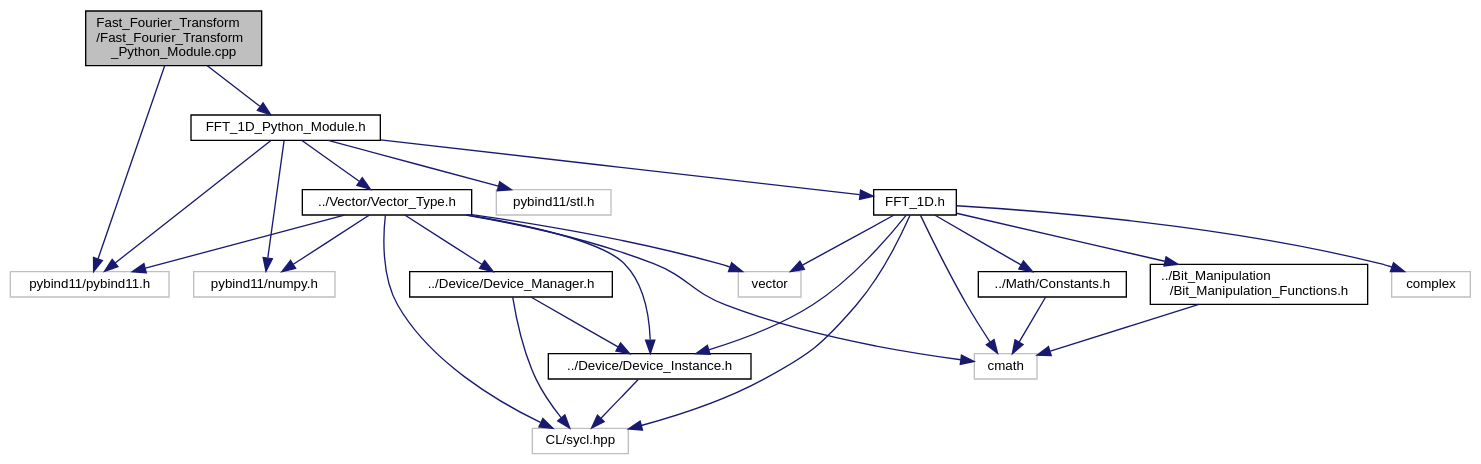
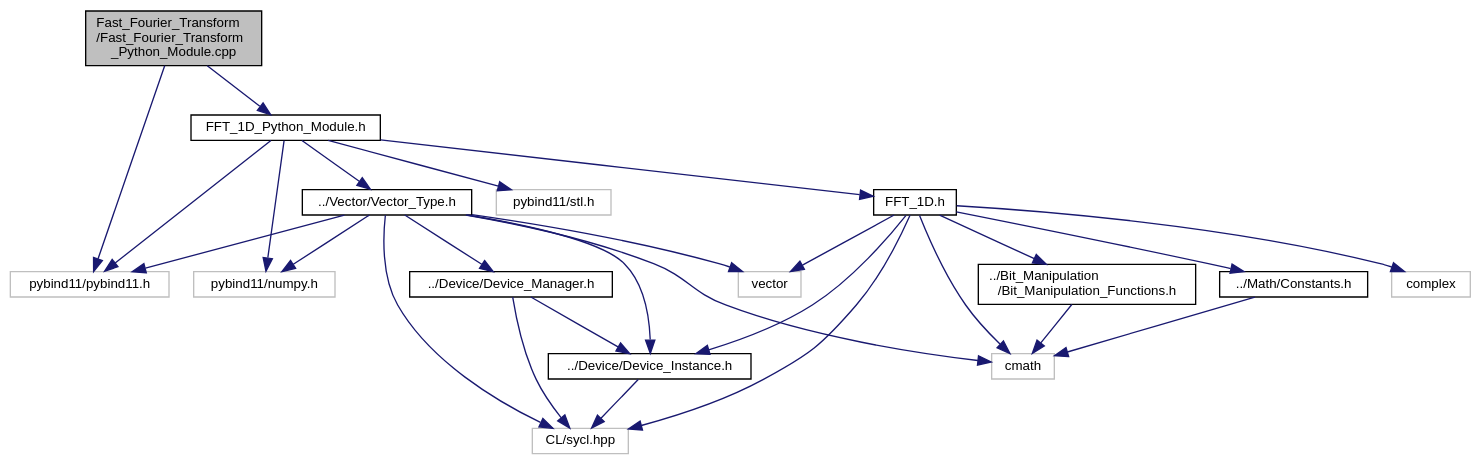
The diagram in docs/PySYCL_doxygen_html/_fast___fourier___transform___python___module_8cpp__incl.dot (PySYCL/PySYCL), drawn with Graphviz before and after one commit. The commit also changed 122 other files, not shown here.

```diff
--- a/docs/PySYCL_doxygen_html/_fast___fourier___transform___python___module_8cpp__incl.dot
+++ b/docs/PySYCL_doxygen_html/_fast___fourier___transform___python___module_8cpp__incl.dot
@@ -1,49 +1,49 @@
 digraph "Fast_Fourier_Transform/Fast_Fourier_Transform_Python_Module.cpp"
 {
  // INTERACTIVE_SVG=YES
  // LATEX_PDF_SIZE
   bgcolor="transparent";
   edge [fontname="Helvetica",fontsize="10",labelfontname="Helvetica",labelfontsize="10"];
   node [fontname="Helvetica",fontsize="10",shape=record];
   Node1 [label="Fast_Fourier_Transform\l/Fast_Fourier_Transform\l_Python_Module.cpp",height=0.2,width=0.4,color="black", fillcolor="grey75", style="filled", fontcolor="black",tooltip="Python module for fft in PySYCL."];
   Node1 -> Node2 [color="midnightblue",fontsize="10",style="solid",fontname="Helvetica"];
   Node2 [label="pybind11/pybind11.h",height=0.2,width=0.4,color="grey75",tooltip=" "];
   Node1 -> Node3 [color="midnightblue",fontsize="10",style="solid",fontname="Helvetica"];
   Node3 [label="FFT_1D_Python_Module.h",height=0.2,width=0.4,color="black",URL="$_f_f_t__1_d___python___module_8h.html",tooltip="Python module for a 1-dimensional fft in PySYCL."];
-  Node3 -> Node2 [color="midnightblue",fontsize="10",style="solid",fontname="Helvetica"];
   Node3 -> Node4 [color="midnightblue",fontsize="10",style="solid",fontname="Helvetica"];
   Node4 [label="pybind11/numpy.h",height=0.2,width=0.4,color="grey75",tooltip=" "];
+  Node3 -> Node2 [color="midnightblue",fontsize="10",style="solid",fontname="Helvetica"];
   Node3 -> Node5 [color="midnightblue",fontsize="10",style="solid",fontname="Helvetica"];
   Node5 [label="pybind11/stl.h",height=0.2,width=0.4,color="grey75",tooltip=" "];
   Node3 -> Node6 [color="midnightblue",fontsize="10",style="solid",fontname="Helvetica"];
   Node6 [label="../Vector/Vector_Type.h",height=0.2,width=0.4,color="black",URL="$_vector___type_8h.html",tooltip="Vector Type Object in PySYCL."];
   Node6 -> Node7 [color="midnightblue",fontsize="10",style="solid",fontname="Helvetica"];
   Node7 [label="CL/sycl.hpp",height=0.2,width=0.4,color="grey75",tooltip=" "];
   Node6 -> Node4 [color="midnightblue",fontsize="10",style="solid",fontname="Helvetica"];
   Node6 -> Node2 [color="midnightblue",fontsize="10",style="solid",fontname="Helvetica"];
   Node6 -> Node8 [color="midnightblue",fontsize="10",style="solid",fontname="Helvetica"];
   Node8 [label="cmath",height=0.2,width=0.4,color="grey75",tooltip=" "];
   Node6 -> Node9 [color="midnightblue",fontsize="10",style="solid",fontname="Helvetica"];
   Node9 [label="vector",height=0.2,width=0.4,color="grey75",tooltip=" "];
   Node6 -> Node10 [color="midnightblue",fontsize="10",style="solid",fontname="Helvetica"];
   Node10 [label="../Device/Device_Instance.h",height=0.2,width=0.4,color="black",URL="$_device___instance_8h.html",tooltip="Device instance for device selection in PySYCL."];
   Node10 -> Node7 [color="midnightblue",fontsize="10",style="solid",fontname="Helvetica"];
   Node6 -> Node11 [color="midnightblue",fontsize="10",style="solid",fontname="Helvetica"];
   Node11 [label="../Device/Device_Manager.h",height=0.2,width=0.4,color="black",URL="$_device___manager_8h.html",tooltip="Device instance for device selection in PySYCL."];
   Node11 -> Node7 [color="midnightblue",fontsize="10",style="solid",fontname="Helvetica"];
   Node11 -> Node10 [color="midnightblue",fontsize="10",style="solid",fontname="Helvetica"];
   Node3 -> Node12 [color="midnightblue",fontsize="10",style="solid",fontname="Helvetica"];
   Node12 [label="FFT_1D.h",height=0.2,width=0.4,color="black",URL="$_f_f_t__1_d_8h.html",tooltip="1-Dimensional Fast Fourier Transform."];
+  Node12 -> Node13 [color="midnightblue",fontsize="10",style="solid",fontname="Helvetica"];
+  Node13 [label="../Bit_Manipulation\l/Bit_Manipulation_Functions.h",height=0.2,width=0.4,color="black",URL="$_bit___manipulation___functions_8h.html",tooltip="Bit Manipulation Functions."];
+  Node13 -> Node8 [color="midnightblue",fontsize="10",style="solid",fontname="Helvetica"];
   Node12 -> Node10 [color="midnightblue",fontsize="10",style="solid",fontname="Helvetica"];
-  Node12 -> Node13 [color="midnightblue",fontsize="10",style="solid",fontname="Helvetica"];
-  Node13 [label="../Math/Constants.h",height=0.2,width=0.4,color="black",URL="$_constants_8h.html",tooltip="Math related constants in PySYCL."];
-  Node13 -> Node8 [color="midnightblue",fontsize="10",style="solid",fontname="Helvetica"];
   Node12 -> Node14 [color="midnightblue",fontsize="10",style="solid",fontname="Helvetica"];
-  Node14 [label="../Bit_Manipulation\l/Bit_Manipulation_Functions.h",height=0.2,width=0.4,color="black",URL="$_bit___manipulation___functions_8h.html",tooltip="Bit Manipulation Functions."];
+  Node14 [label="../Math/Constants.h",height=0.2,width=0.4,color="black",URL="$_constants_8h.html",tooltip="Math related constants in PySYCL."];
   Node14 -> Node8 [color="midnightblue",fontsize="10",style="solid",fontname="Helvetica"];
   Node12 -> Node8 [color="midnightblue",fontsize="10",style="solid",fontname="Helvetica"];
   Node12 -> Node15 [color="midnightblue",fontsize="10",style="solid",fontname="Helvetica"];
   Node15 [label="complex",height=0.2,width=0.4,color="grey75",tooltip=" "];
   Node12 -> Node9 [color="midnightblue",fontsize="10",style="solid",fontname="Helvetica"];
   Node12 -> Node7 [color="midnightblue",fontsize="10",style="solid",fontname="Helvetica"];
 }
```
